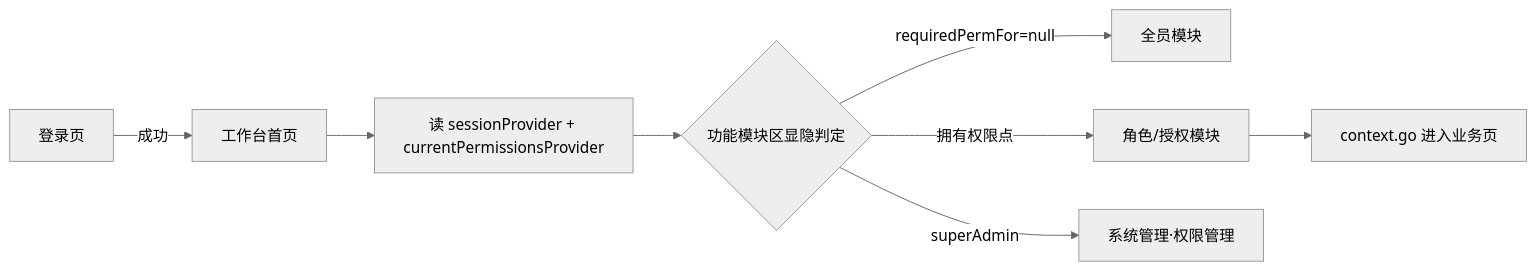
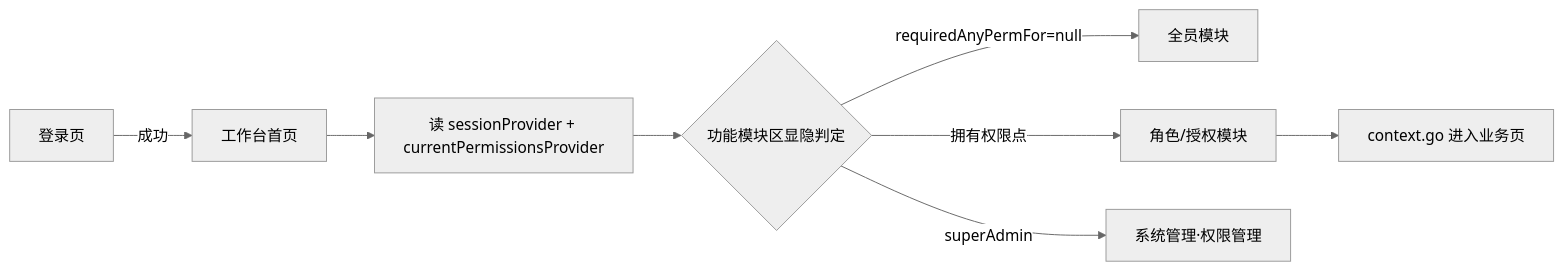
Before and after one commit to BruceChu0424/utenelec_imp: the diagram in docs/03-页面/工作台首页.md, drawn with Mermaid (neutral theme). The commit also changed other lines of this file and 1614 other files, not shown here.

````diff
--- a/docs/03-页面/工作台首页.md
+++ b/docs/03-页面/工作台首页.md
@@ -64,10 +64,10 @@
 ```mermaid
 flowchart LR
     L[登录页] -->|成功| D[工作台首页]
     D --> P[读 sessionProvider + currentPermissionsProvider]
     P --> F{功能模块区显隐判定}
-    F -->|requiredPermFor=null| ALL[全员模块]
+    F -->|requiredAnyPermFor=null| ALL[全员模块]
     F -->|拥有权限点| ROLE[角色/授权模块]
     F -->|superAdmin| ADMIN[系统管理·权限管理]
     ROLE --> GO[context.go 进入业务页]
 ```
````
